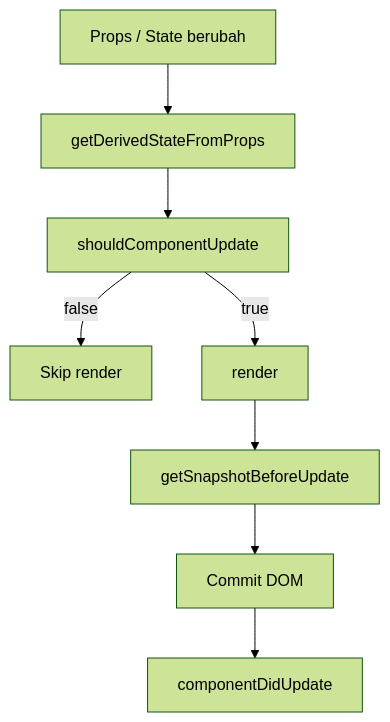
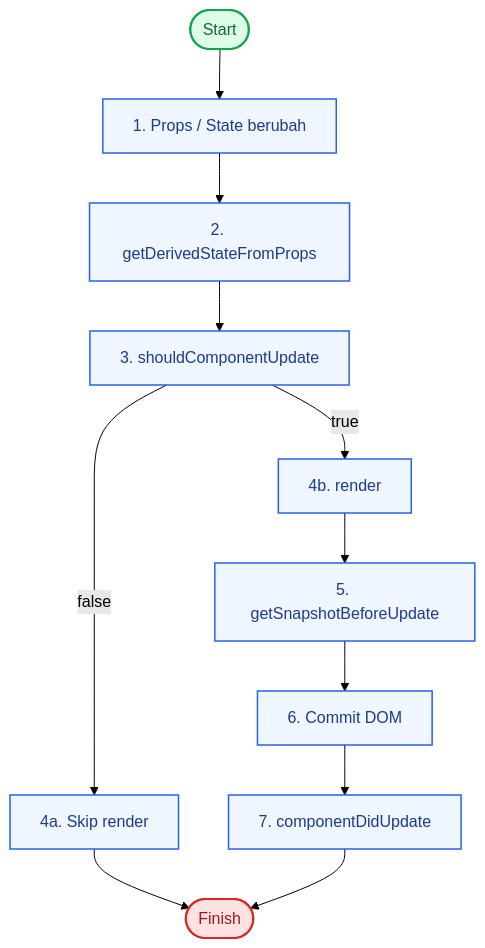
The diagram in doc/class-component-updating.md (seftronics/react-basic), drawn with Mermaid (forest theme) before and after one commit. The commit also changed 8 other files, not shown here.

````diff
--- a/doc/class-component-updating.md
+++ b/doc/class-component-updating.md
@@ -21,10 +21,18 @@
 ```mermaid
 flowchart TD
-    A[Props / State berubah] --> B[getDerivedStateFromProps]
-    B --> C[shouldComponentUpdate]
-    C -->|false| D[Skip render]
-    C -->|true| E[render]
-    E --> F[getSnapshotBeforeUpdate]
-    F --> G[Commit DOM]
-    G --> H[componentDidUpdate]
+    S([Start]) --> A[1. Props / State berubah]
+    A --> B[2. getDerivedStateFromProps]
+    B --> C[3. shouldComponentUpdate]
+    C -->|false| D[4a. Skip render]
+    D --> Z([Finish])
+    C -->|true| E[4b. render]
+    E --> F[5. getSnapshotBeforeUpdate]
+    F --> G[6. Commit DOM]
+    G --> H[7. componentDidUpdate]
+    H --> Z
+    classDef default fill:#eff6ff,stroke:#2563eb,stroke-width:1.5px,color:#1e3a8a;
+    classDef start fill:#dcfce7,stroke:#16a34a,stroke-width:2px,color:#166534;
+    classDef finish fill:#fee2e2,stroke:#dc2626,stroke-width:2px,color:#991b1b;
+    class S start;
+    class Z finish;
 ```
````
